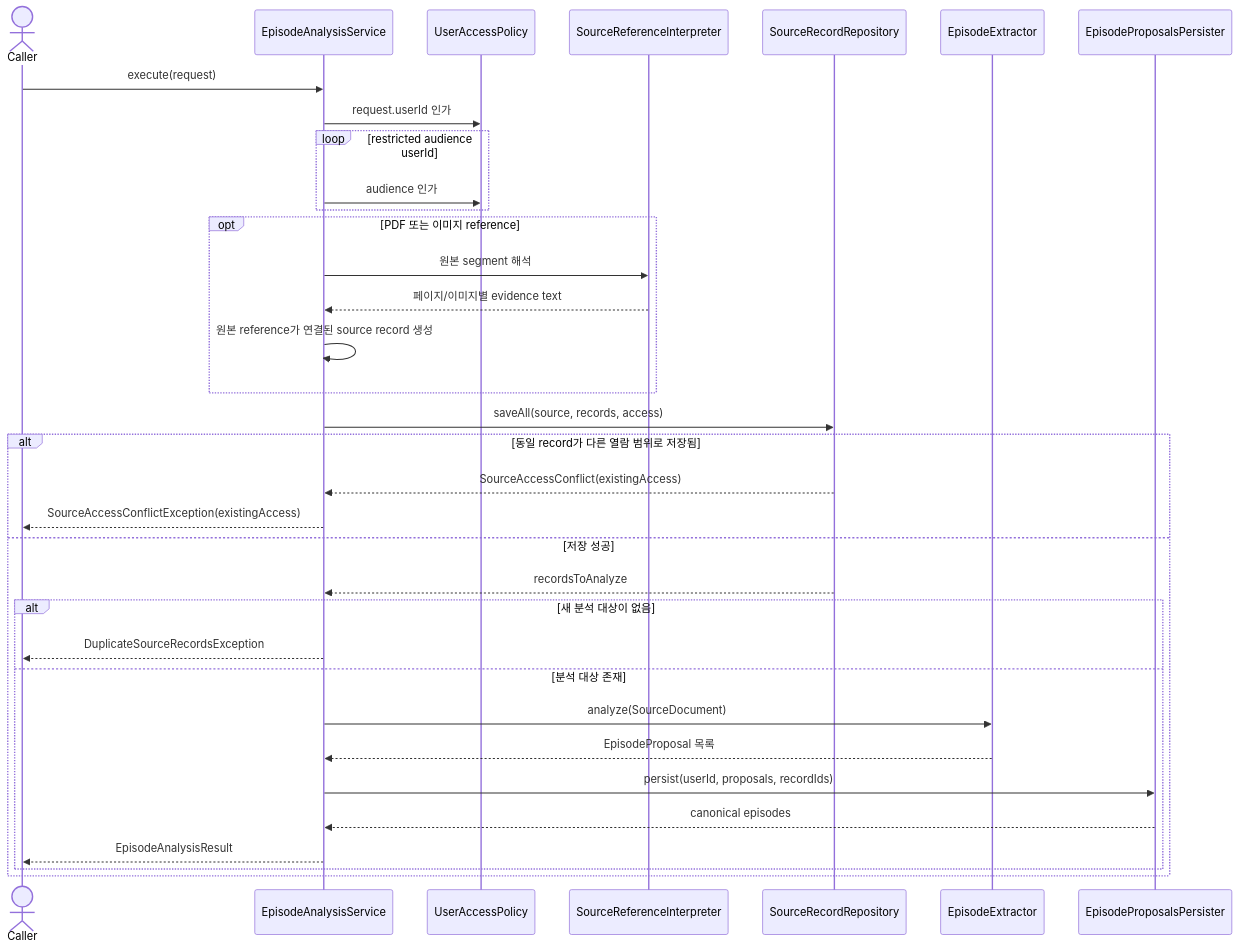
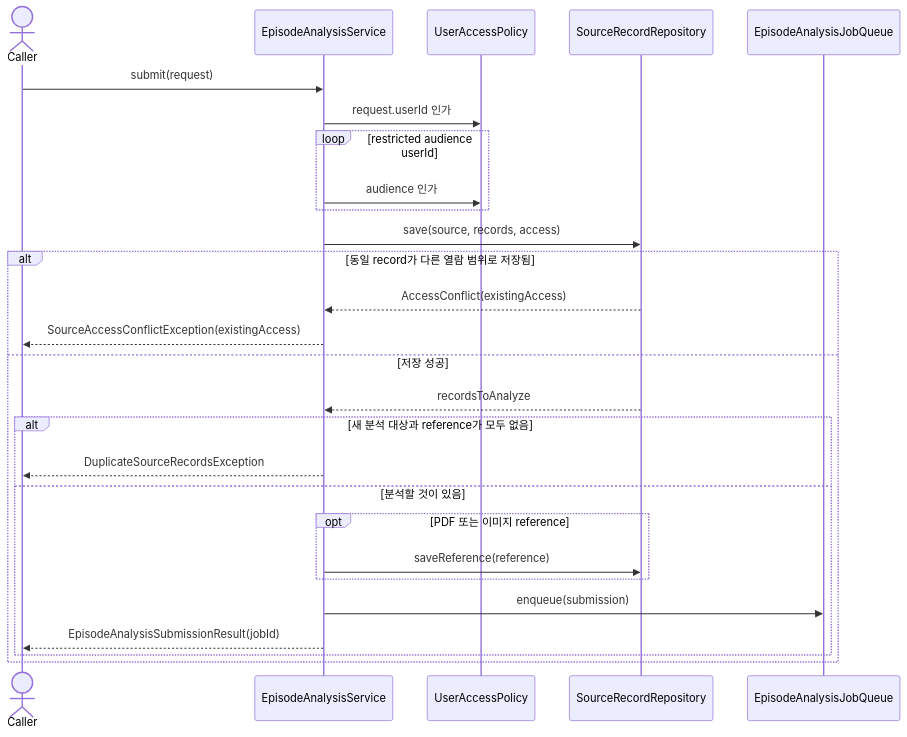
One commit to magenta1223/home_assistant changed the first of 2 diagrams in application/src/main/kotlin/com/homeassistant/application/usecase/memoryextraction/episode/README.md. Above: the diagram before and after it, drawn with Mermaid. The commit also changed other lines of this file and 7 other files, not shown here.

First line of the commit message:
docs: Describe the queued episode analysis flow

````diff
--- a/application/src/main/kotlin/com/homeassistant/application/usecase/memoryextraction/episode/README.md
+++ b/application/src/main/kotlin/com/homeassistant/application/usecase/memoryextraction/episode/README.md
@@ -17,37 +22,30 @@
 ```mermaid
 sequenceDiagram
     actor Caller
     participant Analysis as EpisodeAnalysisService
     participant Access as UserAccessPolicy
-    participant Reference as SourceReferenceInterpreter
     participant Sources as SourceRecordRepository
-    participant Extractor as EpisodeExtractor
-    participant Persister as EpisodeProposalsPersister
+    participant Jobs as EpisodeAnalysisJobQueue
 
-    Caller->>Analysis: execute(request)
+    Caller->>Analysis: submit(request)
     Analysis->>Access: request.userId 인가
     loop restricted audience userId
         Analysis->>Access: audience 인가
     end
-    opt PDF 또는 이미지 reference
-        Analysis->>Reference: 원본 segment 해석
-        Reference-->>Analysis: 페이지/이미지별 evidence text
-        Analysis->>Analysis: 원본 reference가 연결된 source record 생성
-    end
-    Analysis->>Sources: saveAll(source, records, access)
+    Analysis->>Sources: save(source, records, access)
     alt 동일 record가 다른 열람 범위로 저장됨
-        Sources-->>Analysis: SourceAccessConflict(existingAccess)
+        Sources-->>Analysis: AccessConflict(existingAccess)
         Analysis-->>Caller: SourceAccessConflictException(existingAccess)
     else 저장 성공
         Sources-->>Analysis: recordsToAnalyze
-        alt 새 분석 대상이 없음
+        alt 새 분석 대상과 reference가 모두 없음
             Analysis-->>Caller: DuplicateSourceRecordsException
-        else 분석 대상 존재
-            Analysis->>Extractor: analyze(SourceDocument)
-            Extractor-->>Analysis: EpisodeProposal 목록
-            Analysis->>Persister: persist(userId, proposals, recordIds)
-            Persister-->>Analysis: canonical episodes
-            Analysis-->>Caller: EpisodeAnalysisResult
+        else 분석할 것이 있음
+            opt PDF 또는 이미지 reference
+                Analysis->>Sources: saveReference(reference)
+            end
+            Analysis->>Jobs: enqueue(submission)
+            Analysis-->>Caller: EpisodeAnalysisSubmissionResult(jobId)
         end
     end
 ```
````
